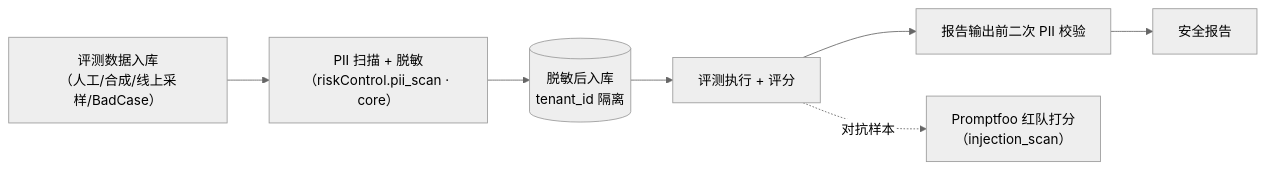
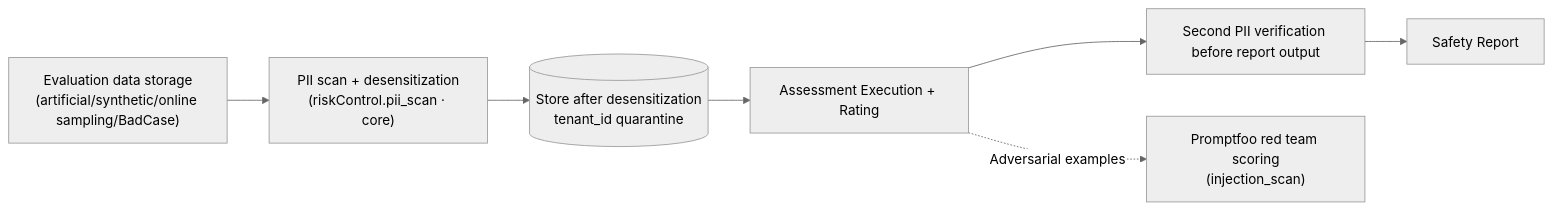
Before and after one commit to open-strata-ai/ai-eval-service: the sixth of 6 diagrams in design/DESIGN.md, drawn with Mermaid (neutral theme). The commit also changed other lines of this file and 11 other files, not shown here.

````diff
--- a/design/DESIGN.md
+++ b/design/DESIGN.md
@@ -527,9 +527,9 @@
 ```mermaid
 flowchart LR
-    IN["评测数据入库<br/>（人工/合成/线上采样/BadCase）"] --> PII["PII 扫描 + 脱敏<br/>（riskControl.pii_scan · core）"]
-    PII --> STORE[("脱敏后入库<br/>tenant_id 隔离")]
-    STORE --> RUN["评测执行 + 评分"]
-    RUN --> OUT["报告输出前二次 PII 校验"]
-    OUT --> RPT["安全报告"]
-    RUN -.对抗样本.-> RED["Promptfoo 红队打分<br/>（injection_scan）"]
+    IN["Evaluation data storage<br/>(artificial/synthetic/online sampling/BadCase)"] --> PII["PII scan + desensitization<br/>(riskControl.pii_scan · core)"]
+    PII --> STORE[("Store after desensitization<br/>tenant_id quarantine")]
+    STORE --> RUN["Assessment Execution + Rating"]
+    RUN --> OUT["Second PII verification before report output"]
+    OUT --> RPT["Safety Report"]
+    RUN -.Adversarial examples.-> RED["Promptfoo red team scoring<br/>(injection_scan)"]
 ```
````
